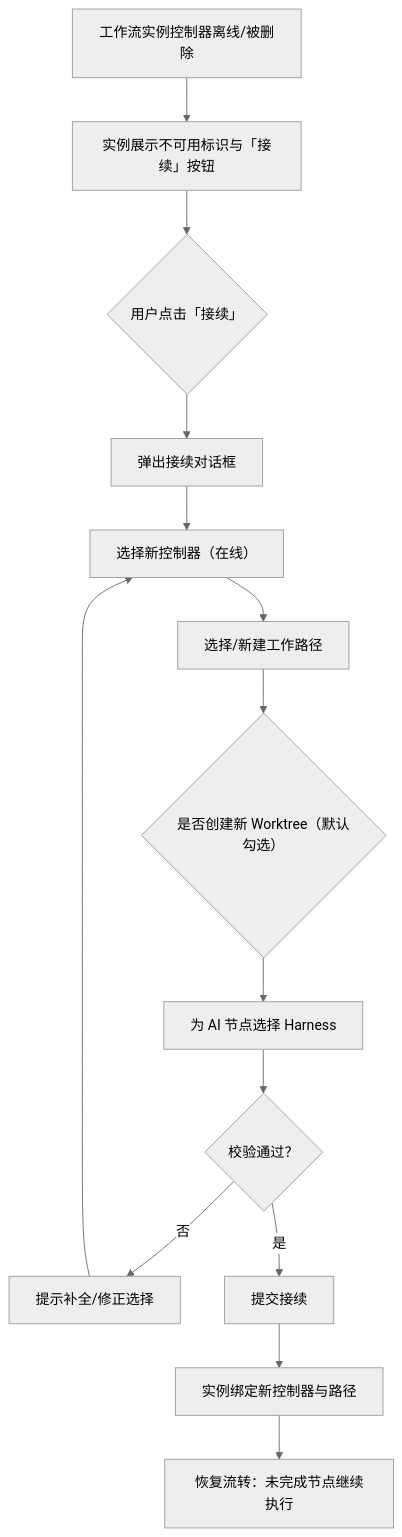
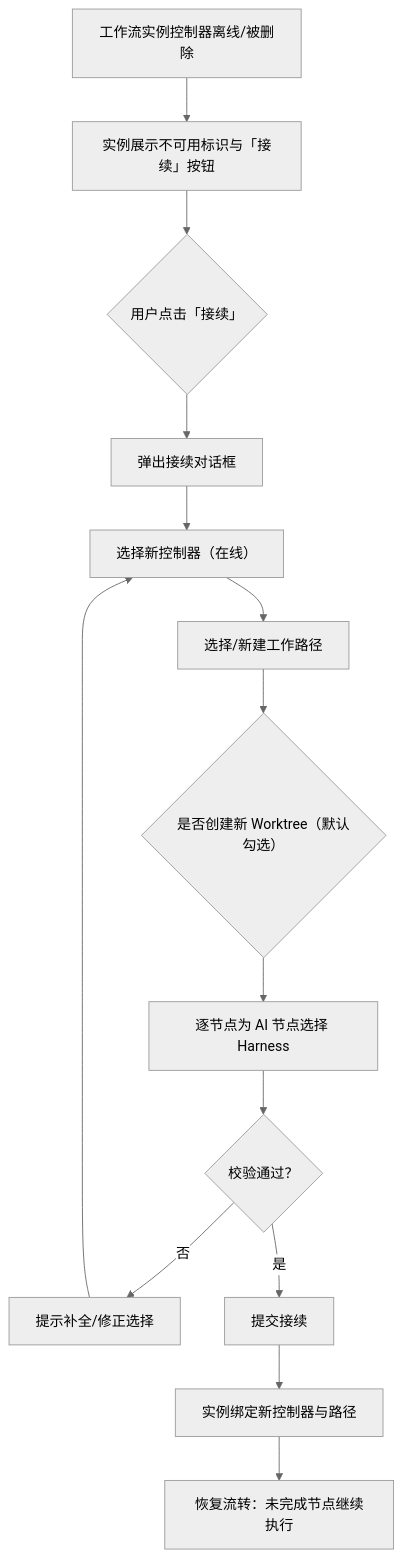
The diagram in docs/product/draft/20261114-workflow-instance-continuation.md (Deliay/z-agent-gear), drawn with Mermaid (neutral theme) before and after one commit. The commit also changed other lines of this file and 3 other files, not shown here.

````diff
--- a/docs/product/draft/20261114-workflow-instance-continuation.md
+++ b/docs/product/draft/20261114-workflow-instance-continuation.md
@@ -111,16 +114,16 @@
 ```mermaid
 flowchart TD
     A[工作流实例控制器离线/被删除] --> B[实例展示不可用标识与「接续」按钮]
     B --> C{用户点击「接续」}
     C --> D[弹出接续对话框]
     D --> E[选择新控制器（在线）]
     E --> F[选择/新建工作路径]
     F --> G{是否创建新 Worktree（默认勾选）}
-    G --> H[为 AI 节点选择 Harness]
+    G --> H[逐节点为 AI 节点选择 Harness]
     H --> I{校验通过？}
     I -->|否| J[提示补全/修正选择]
     J --> E
     I -->|是| K[提交接续]
     K --> L[实例绑定新控制器与路径]
     L --> M[恢复流转：未完成节点继续执行]
 ```
````
